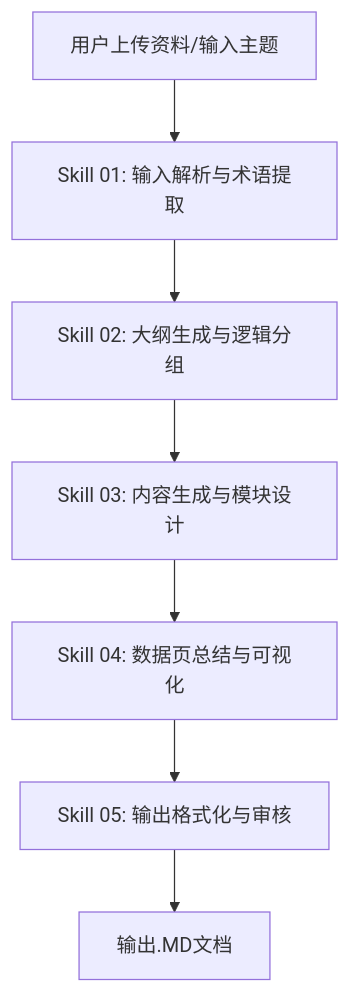
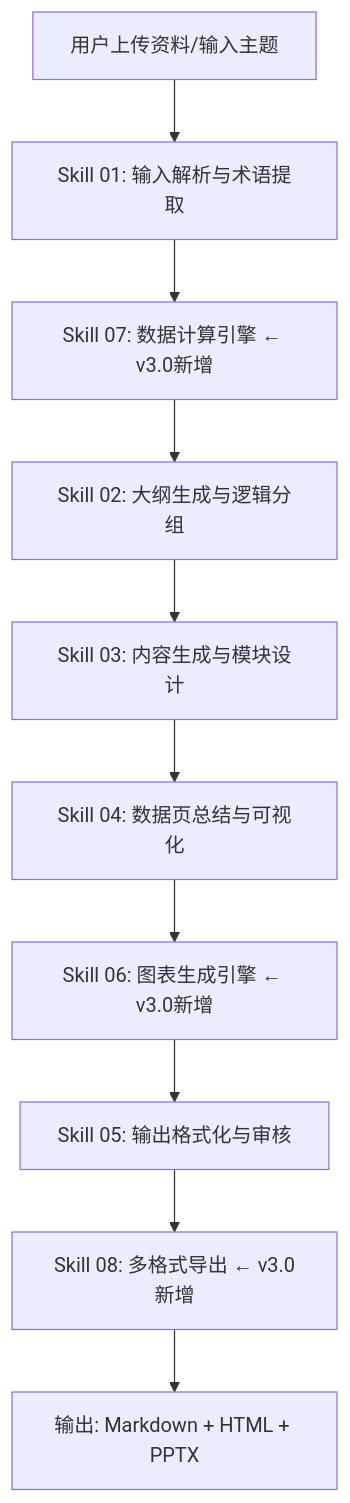
The diagram in 计划物流领域PPT内容生成专家/SKILL.md (jiang123654/kong-1), drawn with Mermaid before and after one commit. The commit also changed other lines of this file and 17 other files, not shown here.

````diff
--- a/计划物流领域PPT内容生成专家/SKILL.md
+++ b/计划物流领域PPT内容生成专家/SKILL.md
@@ -37,9 +40,12 @@
 ```mermaid
 graph TD
     A[用户上传资料/输入主题] --> B[Skill 01: 输入解析与术语提取]
-    B --> C[Skill 02: 大纲生成与逻辑分组]
-    C --> D[Skill 03: 内容生成与模块设计]
-    D --> E[Skill 04: 数据页总结与可视化]
-    E --> F[Skill 05: 输出格式化与审核]
-    F --> G[输出.MD文档]
+    B --> C[Skill 07: 数据计算引擎 ← v3.0新增]
+    C --> D[Skill 02: 大纲生成与逻辑分组]
+    D --> E[Skill 03: 内容生成与模块设计]
+    E --> F[Skill 04: 数据页总结与可视化]
+    F --> G[Skill 06: 图表生成引擎 ← v3.0新增]
+    G --> H[Skill 05: 输出格式化与审核]
+    H --> I[Skill 08: 多格式导出 ← v3.0新增]
+    I --> J[输出: Markdown + HTML + PPTX]
 ```
````
